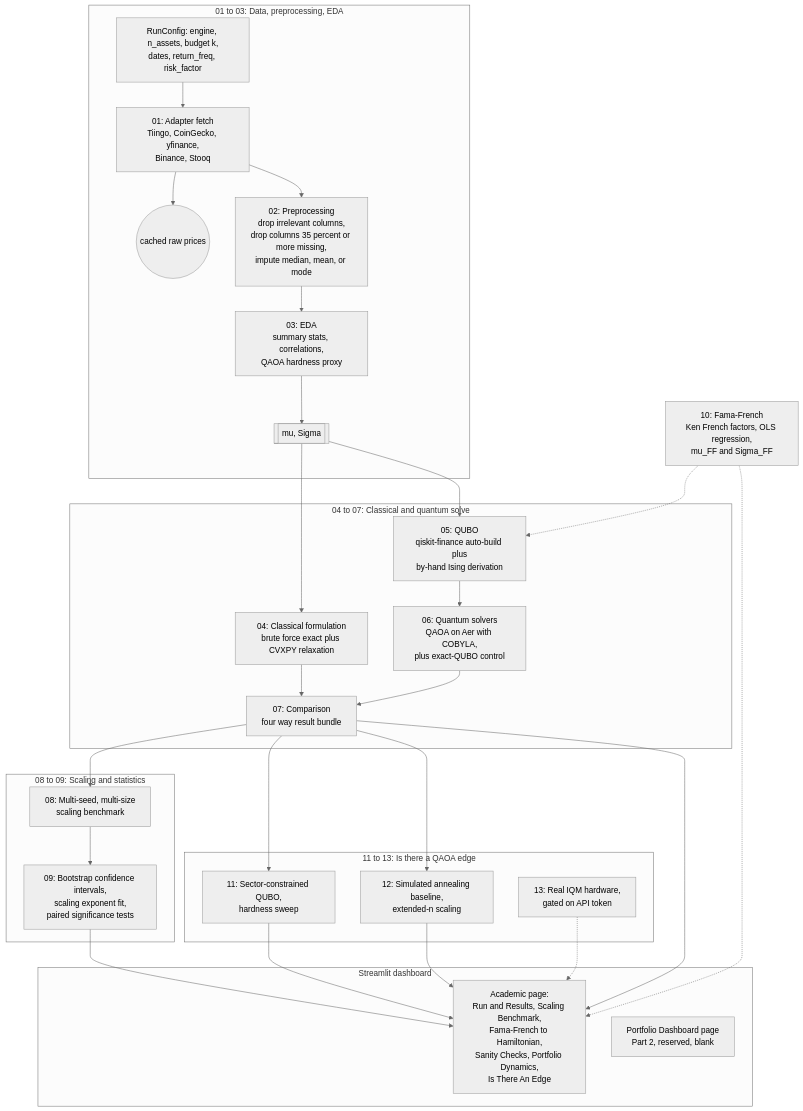
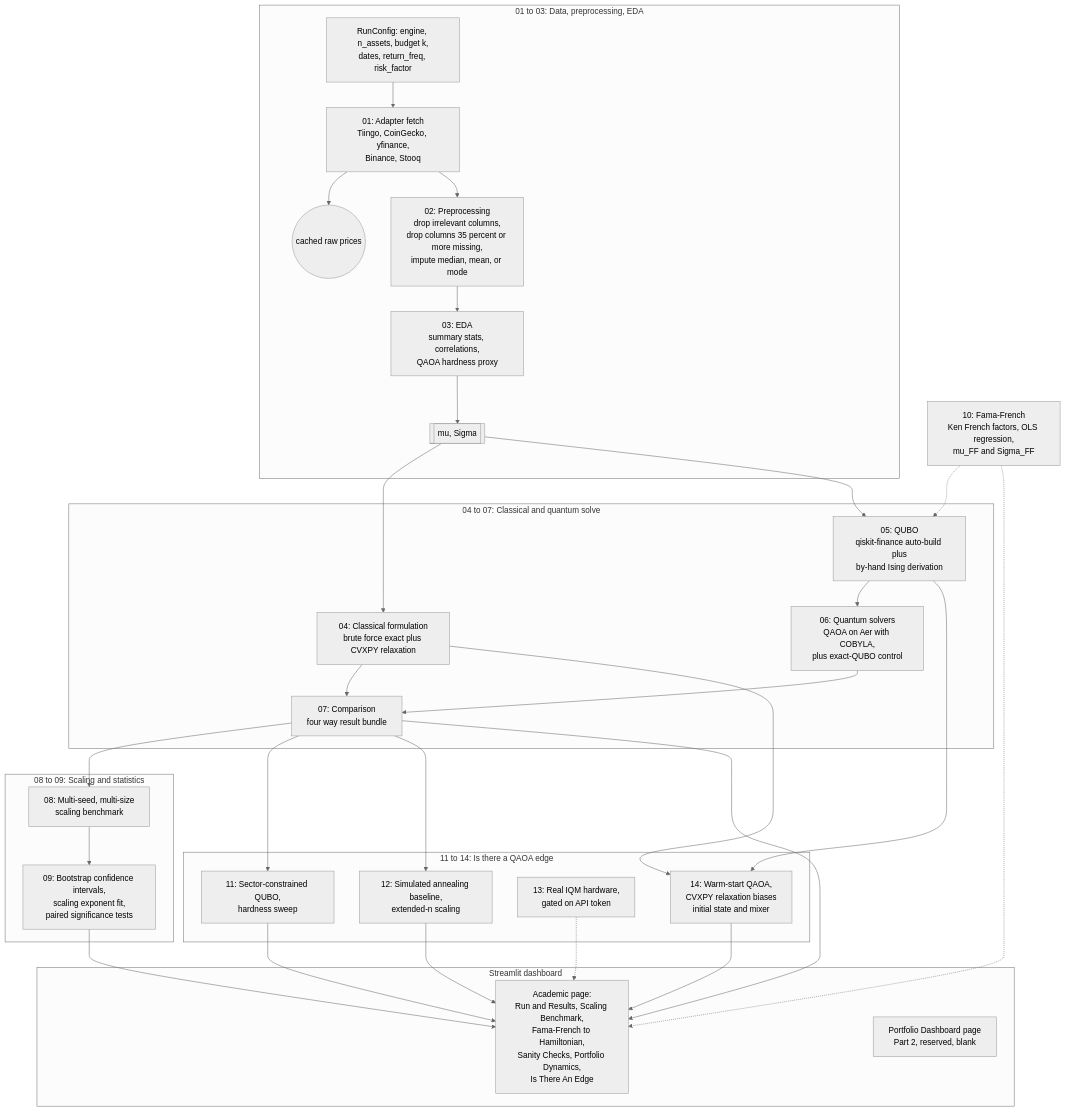
Before and after one commit to neelbarve/QAOA-Portfolio-Academic-Exploration: the diagram in README.md, drawn with Mermaid (neutral theme). The commit also changed other lines of this file and 8 other files, not shown here.

First line of the commit message:
Improve QAOA reliability (warm-starting) and brute-force speed (vectorized)

````diff
--- a/README.md
+++ b/README.md
@@ -115,58 +115,62 @@
 ```mermaid
 flowchart TD
     subgraph S1["01 to 03: Data, preprocessing, EDA"]
         A["RunConfig: engine, n_assets, budget k,<br/>dates, return_freq, risk_factor"]
         B["01: Adapter fetch<br/>Tiingo, CoinGecko, yfinance,<br/>Binance, Stooq"]
         C(("cached raw prices"))
         D["02: Preprocessing<br/>drop irrelevant columns,<br/>drop columns 35 percent or more missing,<br/>impute median, mean, or mode"]
         E["03: EDA<br/>summary stats, correlations,<br/>QAOA hardness proxy"]
         F[["mu, Sigma"]]
         A --> B
         B --> C
         B --> D
         D --> E
         E --> F
     end
 
     subgraph S2["04 to 07: Classical and quantum solve"]
         G["04: Classical formulation<br/>brute force exact plus CVXPY relaxation"]
         H["05: QUBO<br/>qiskit-finance auto-build plus<br/>by-hand Ising derivation"]
         I["06: Quantum solvers<br/>QAOA on Aer with COBYLA,<br/>plus exact-QUBO control"]
         J["07: Comparison<br/>four way result bundle"]
         H --> I
         G --> J
         I --> J
     end
 
     subgraph S3["08 to 09: Scaling and statistics"]
         K["08: Multi-seed, multi-size<br/>scaling benchmark"]
         L["09: Bootstrap confidence intervals,<br/>scaling exponent fit,<br/>paired significance tests"]
         K --> L
     end
 
-    subgraph S5["11 to 13: Is there a QAOA edge"]
+    subgraph S5["11 to 14: Is there a QAOA edge"]
         Q["11: Sector-constrained QUBO,<br/>hardness sweep"]
         R["12: Simulated annealing baseline,<br/>extended-n scaling"]
         T["13: Real IQM hardware,<br/>gated on API token"]
+        U["14: Warm-start QAOA,<br/>CVXPY relaxation biases<br/>initial state and mixer"]
     end
 
     subgraph S4["Streamlit dashboard"]
         M["Academic page:<br/>Run and Results, Scaling Benchmark,<br/>Fama-French to Hamiltonian,<br/>Sanity Checks, Portfolio Dynamics,<br/>Is There An Edge"]
         P["Portfolio Dashboard page<br/>Part 2, reserved, blank"]
     end
 
     N["10: Fama-French<br/>Ken French factors, OLS regression,<br/>mu_FF and Sigma_FF"]
 
     F --> G
     F --> H
     N -.-> H
     J --> K
     J --> Q
     J --> R
     J --> M
+    G --> U
+    H --> U
     L --> M
     N -.-> M
     Q --> M
     R --> M
     T -.-> M
+    U --> M
 ```
````
